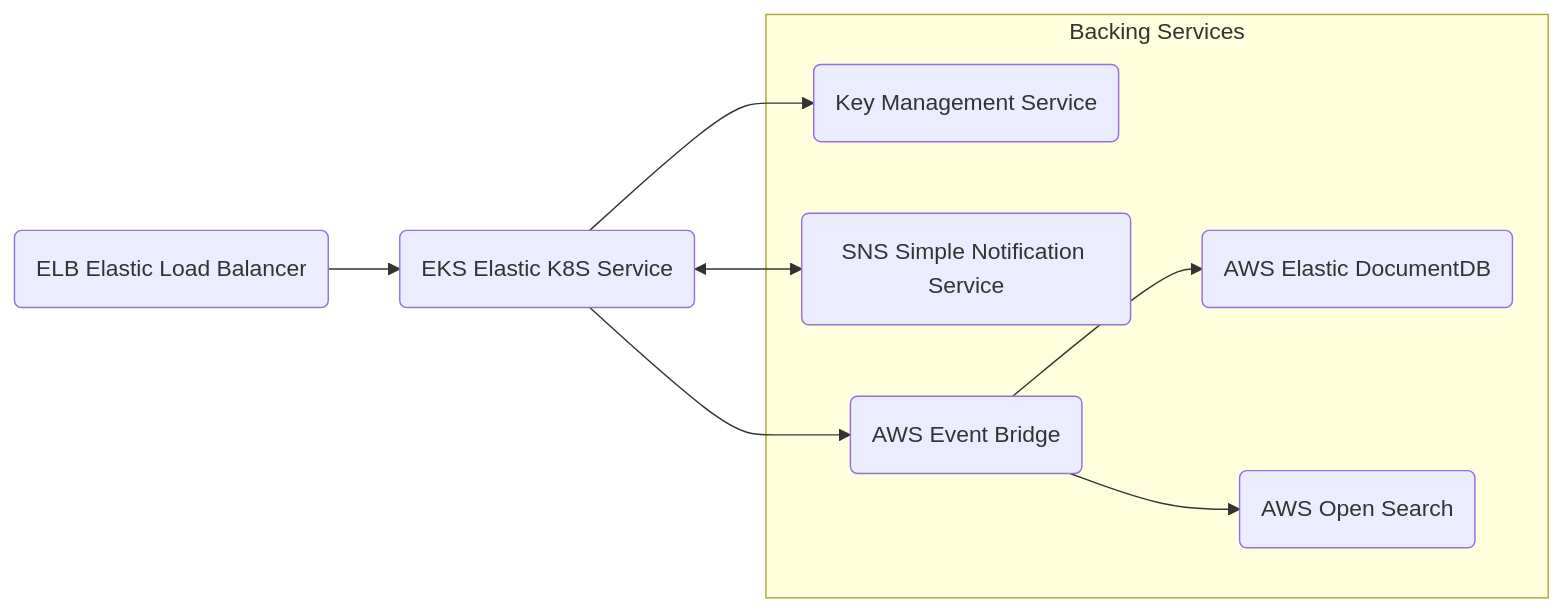
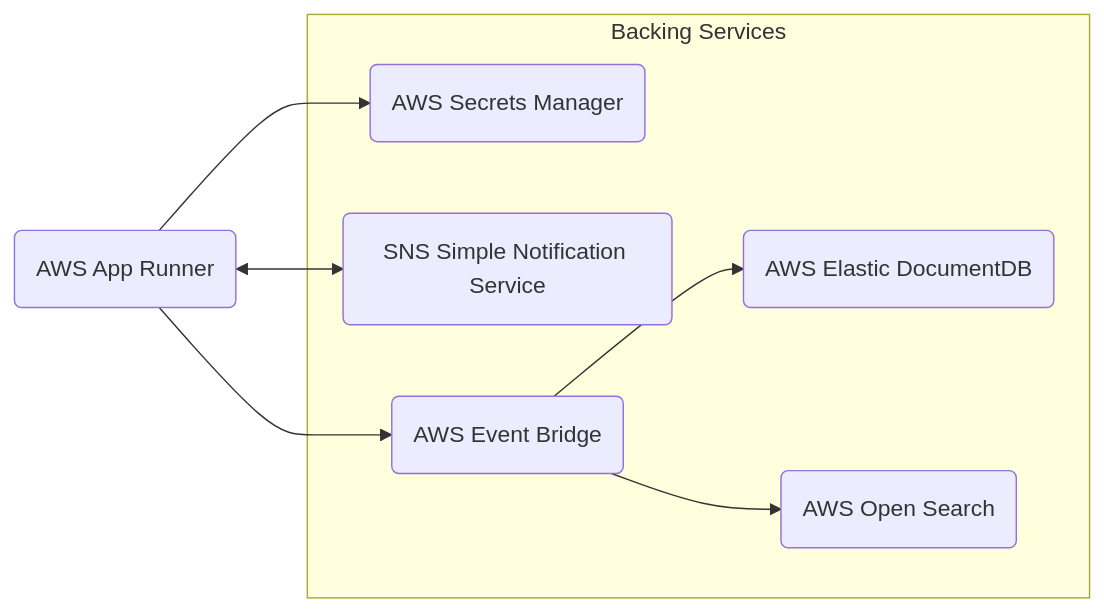
One commit to agile-learning-institute/mentorHub changed the second of 5 diagrams in specifications/ARCHITECTURE.md. Above: the diagram before and after it, drawn with Mermaid. The commit also changed other lines of this file, not shown here.

Commit message:
Update architecture diagrams

````diff
--- a/specifications/ARCHITECTURE.md
+++ b/specifications/ARCHITECTURE.md
@@ -119,18 +119,17 @@
 ```mermaid
 flowchart LR
-    ELB(ELB Elastic Load Balancer)
-    --> EKS(EKS Elastic K8S Service)
-    EKS --> KMS(Key Management Service)
-    EKS <--> SNS(SNS Simple Notification Service)
-    EKS --> AEB(AWS Event Bridge)
+    APPRUNNER(AWS App Runner)
+    APPRUNNER --> AMSSSPS(AWS Secrets Manager)
+    APPRUNNER <--> SNS(SNS Simple Notification Service)
+    APPRUNNER --> AEB(AWS Event Bridge)
     AEB --> EDB(AWS Elastic DocumentDB)
     AEB --> AOS(AWS Open Search)
     subgraph Backing Services
         AEB
         SNS
         EDB
-        KMS
+        AMSSSPS
         AOS
     end
 
 ```
````
